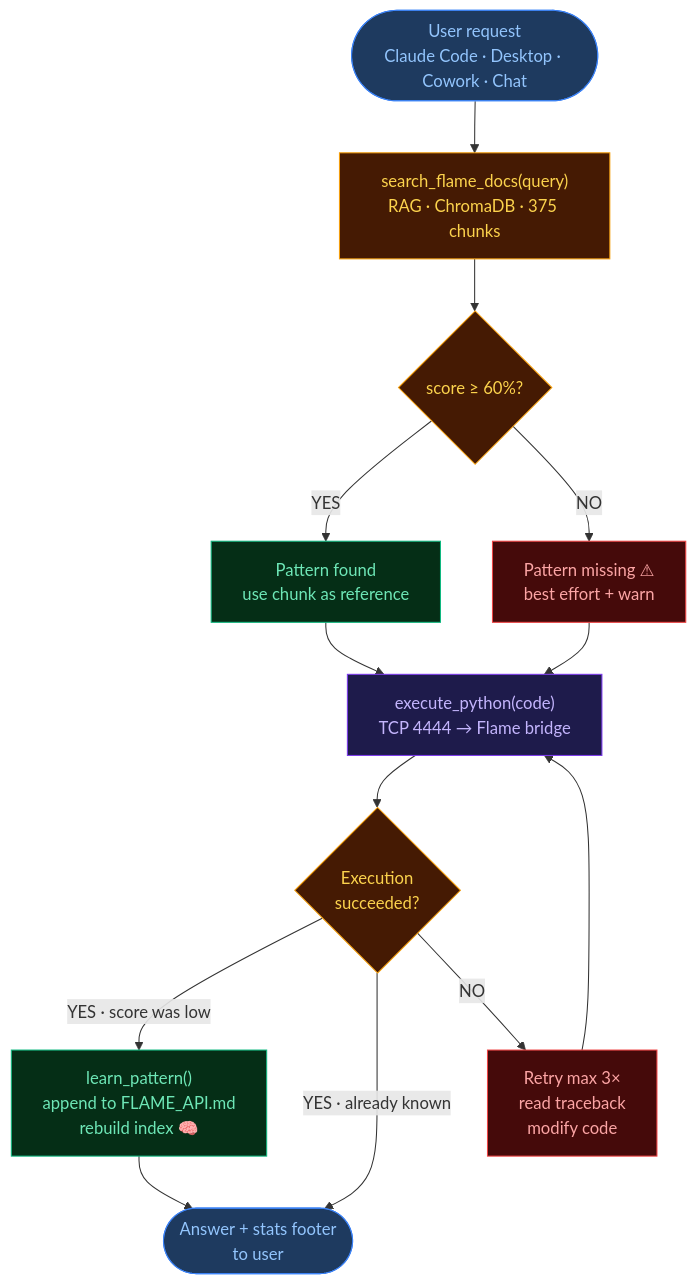
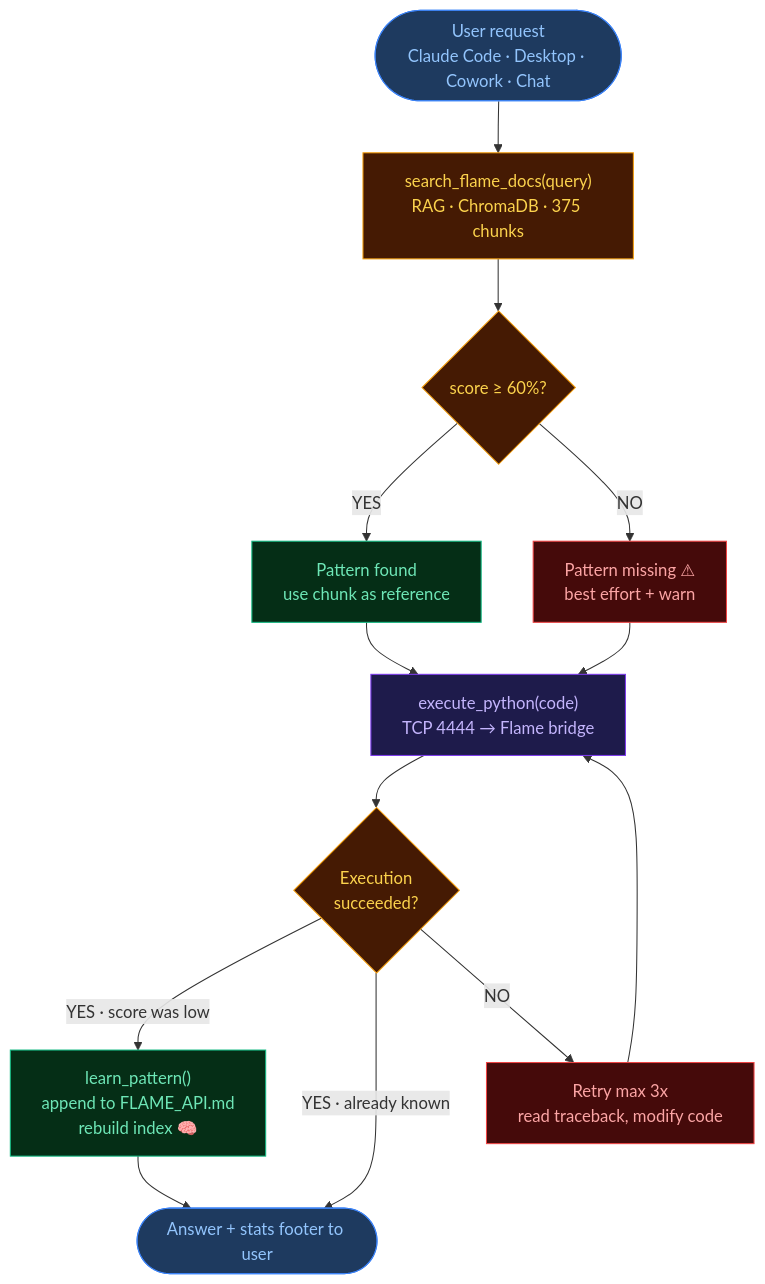
Before and after one commit to abrahamADSK/flame-mcp: the diagram in docs/ARCHITECTURE.md, drawn with Mermaid.

Commit message:
fix: replace \n with <br/> in Mermaid node labels
GitHub's Mermaid renderer treats \n as a literal backslash-n instead
of a line break, showing garbled text in every node. <br/> is the
correct HTML line-break tag for Mermaid node labels on GitHub.

````diff
--- a/docs/ARCHITECTURE.md
+++ b/docs/ARCHITECTURE.md
@@ -24,37 +24,37 @@
 ```mermaid
 flowchart TD
-    A(["User request\nClaude Code · Desktop · Cowork · Chat"])
-    B["search_flame_docs(query)\nRAG · ChromaDB · 375 chunks"]
+    A(["User request<br/>Claude Code · Desktop · Cowork · Chat"])
+    B["search_flame_docs(query)<br/>RAG · ChromaDB · 375 chunks"]
     C{"score ≥ 60%?"}
-    D["Pattern found\nuse chunk as reference"]
-    E["Pattern missing ⚠\nbest effort + warn"]
-    F["execute_python(code)\nTCP 4444 → Flame bridge"]
-    G{"Execution\nsucceeded?"}
-    H["learn_pattern()\nappend to FLAME_API.md\nrebuild index 🧠"]
-    I["Retry max 3×\nread traceback\nmodify code"]
-    J(["Answer + stats footer\nto user"])
+    D["Pattern found<br/>use chunk as reference"]
+    E["Pattern missing ⚠<br/>best effort + warn"]
+    F["execute_python(code)<br/>TCP 4444 → Flame bridge"]
+    G{"Execution<br/>succeeded?"}
+    H["learn_pattern()<br/>append to FLAME_API.md<br/>rebuild index 🧠"]
+    I["Retry max 3x<br/>read traceback, modify code"]
+    J(["Answer + stats footer to user"])
 
     A --> B
     B --> C
     C -->|YES| D
     C -->|NO| E
     D --> F
     E --> F
     F --> G
     G -->|YES · score was low| H
     G -->|YES · already known| J
     G -->|NO| I
     H --> J
     I --> F
 
     style A fill:#1e3a5f,color:#93c5fd,stroke:#3b82f6
     style B fill:#451a03,color:#fcd34d,stroke:#f59e0b
     style C fill:#451a03,color:#fcd34d,stroke:#f59e0b
     style D fill:#052e16,color:#6ee7b7,stroke:#10b981
     style E fill:#450a0a,color:#fca5a5,stroke:#ef4444
     style F fill:#1e1b4b,color:#c4b5fd,stroke:#7c3aed
     style G fill:#451a03,color:#fcd34d,stroke:#f59e0b
     style H fill:#052e16,color:#6ee7b7,stroke:#10b981
     style I fill:#450a0a,color:#fca5a5,stroke:#ef4444
     style J fill:#1e3a5f,color:#93c5fd,stroke:#3b82f6
 ```
````
